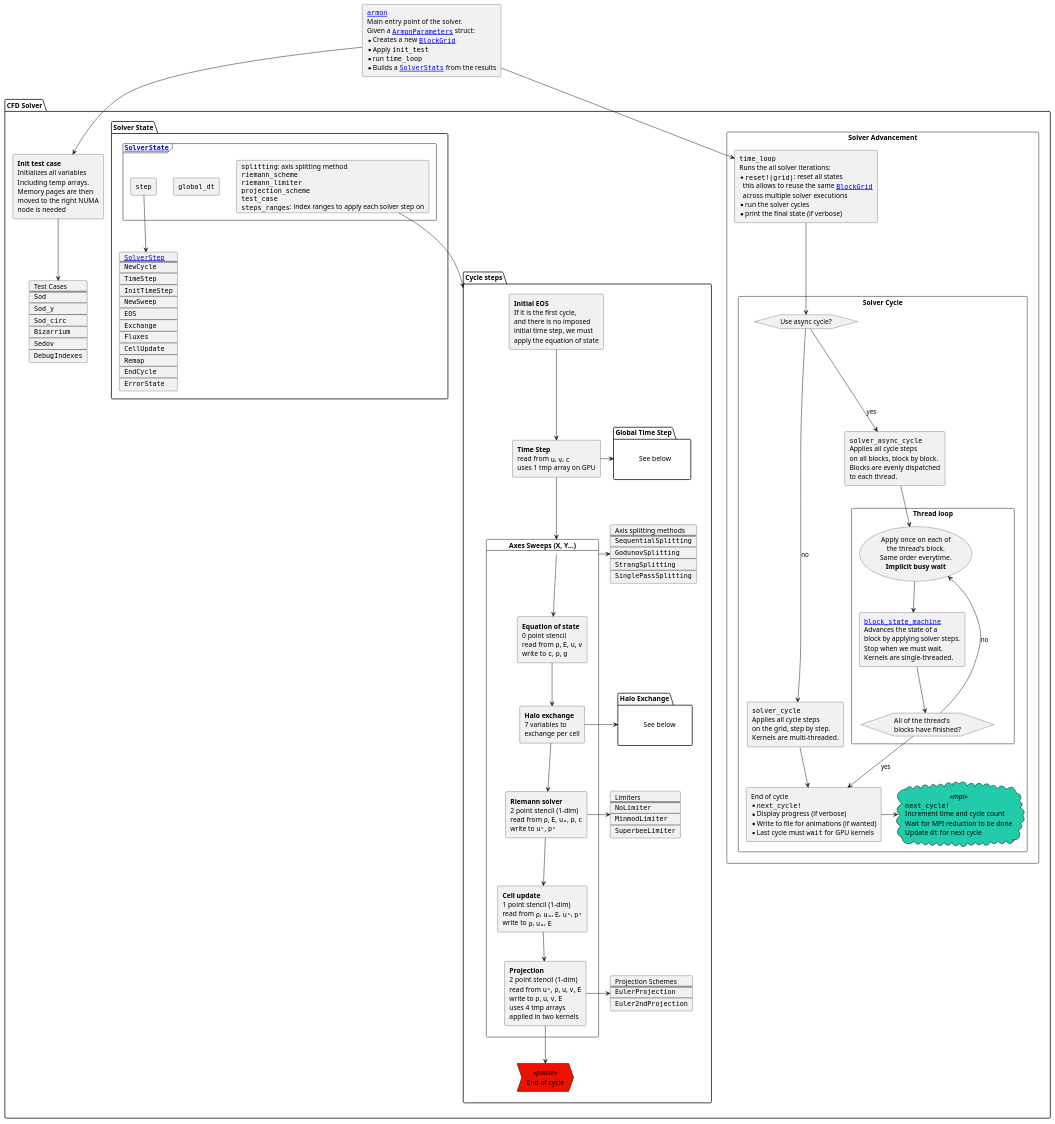
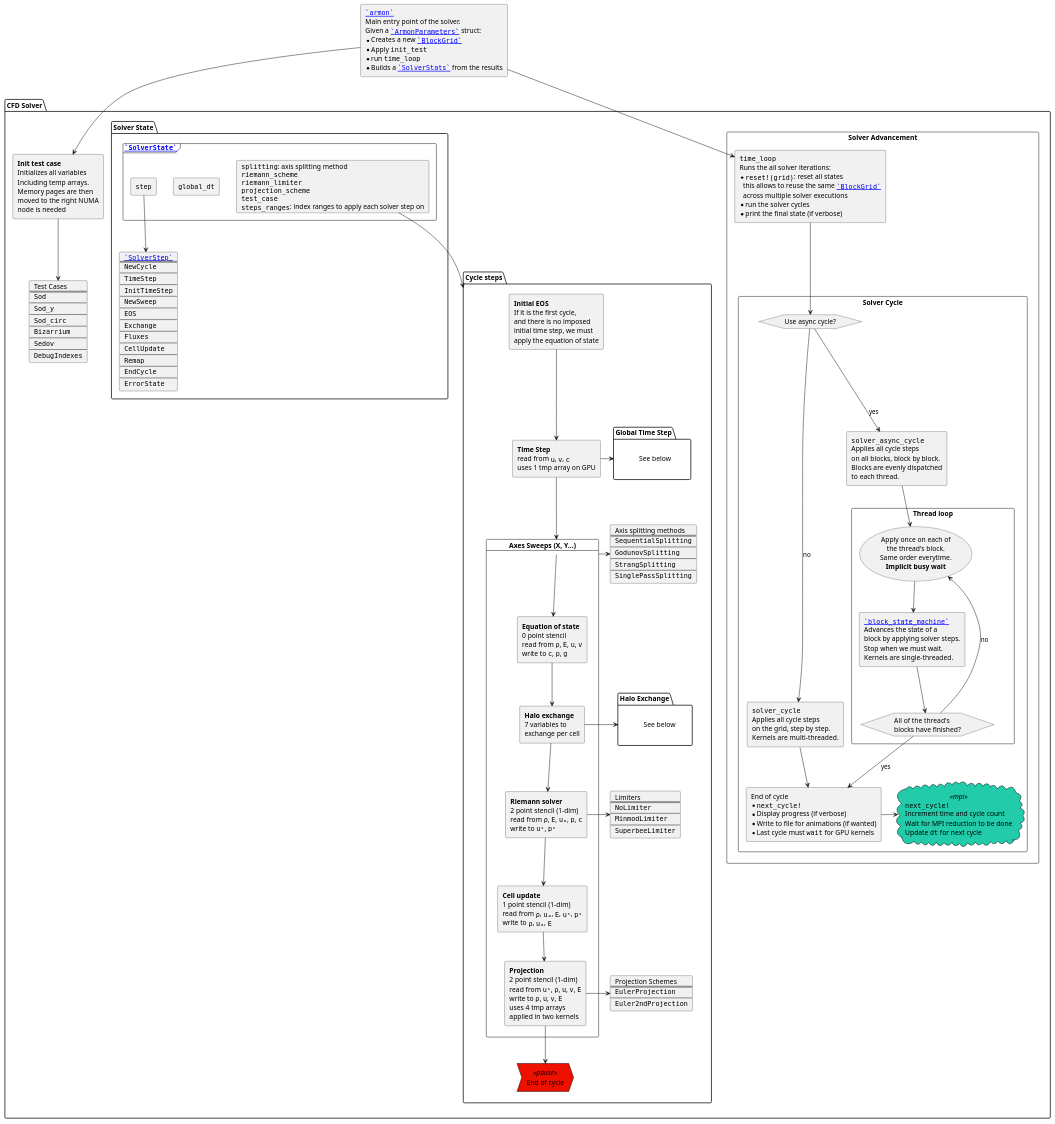
Before and after one commit to Keluaa/Armon.jl: the diagram in docs/src/uml/structure.puml, drawn with PlantUML. The commit also changed 4 other files, not shown here.

```diff
--- a/docs/src/uml/structure.puml
+++ b/docs/src/uml/structure.puml
@@ -154,7 +154,7 @@
             ""time_loop""
             Runs the all solver iterations:
             * ""reset!(grid)"": reset all states
-              this allows to reuse the same ""[["[`BlockGrid`](@ref)" BlockGrid]]""
+              this allows to reuse the same ""[[`BlockGrid`]]""
               across multiple solver executions
             * run the solver cycles
             * print the final state (if verbose)
@@ -187,7 +187,7 @@
                 ]
 
                 rectangle block_state_machine [
-                    ""[["[`block_state_machine`](@ref)" block_state_machine]]""
+                    ""[[`block_state_machine`]]""
                     Advances the state of a
                     block by applying solver steps.
                     Stop when we must wait.
@@ -232,7 +232,7 @@
     }
 
     package "Solver State" {
-        frame """[["[`SolverState`](@ref)" SolverState]]""" as solver_state {
+        frame """[[`SolverState`]]""" as solver_state {
             rectangle """step""" as solver_state_step
             rectangle """global_dt""" as solver_state_global_dt
 
@@ -247,7 +247,7 @@
         }
 
         card solver_step [
-            ""[["[`SolverStep`](@ref)" SolverStep]]""
+            ""[[`SolverStep`]]""
             ====
             ""NewCycle""
             ----
@@ -281,13 +281,13 @@
 }
 
 rectangle armon [
-    ""[["[`armon`](@ref)" armon]]""
+    ""[[`armon`]]""
     Main entry point of the solver.
-    Given a ""[["[`ArmonParameters`](@ref)" ArmonParameters]]"" struct:
-    * Creates a new ""[["[`BlockGrid`](@ref)" BlockGrid]]""
+    Given a ""[[`ArmonParameters`]]"" struct:
+    * Creates a new ""[[`BlockGrid`]]""
     * Apply ""init_test""
     * run ""time_loop""
-    * Builds a ""[["[`SolverStats`](@ref)" SolverStats]]"" from the results
+    * Builds a ""[[`SolverStats`]]"" from the results
 ]
 
 armon --> solver_init_test
```
